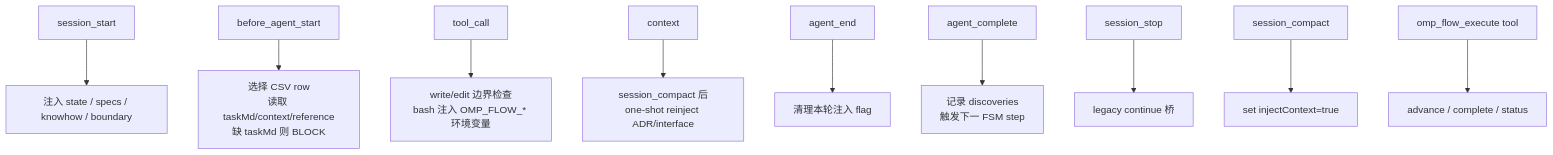
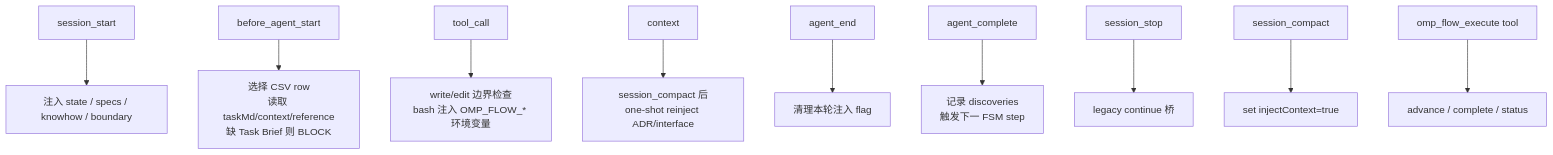
One commit to Andyduck-ops/omp-flow changed the fifth of 5 diagrams in README.md. Above: the diagram before and after it, drawn with Mermaid. The commit also changed other lines of this file, not shown here.

````diff
--- a/README.md
+++ b/README.md
@@ -437,12 +432,12 @@
 ```mermaid
 flowchart TB
     Start["session_start"] --> SS["注入 state / specs / knowhow / boundary"]
-    Before["before_agent_start"] --> BA["选择 CSV row<br/>读取 taskMd/context/reference<br/>缺 taskMd 则 BLOCK"]
+    Before["before_agent_start"] --> BA["选择 CSV row<br/>读取 taskMd/context/reference<br/>缺 Task Brief 则 BLOCK"]
     Tool["tool_call"] --> TC["write/edit 边界检查<br/>bash 注入 OMP_FLOW_* 环境变量"]
     Ctx["context"] --> CX["session_compact 后<br/>one-shot reinject ADR/interface"]
     End["agent_end"] --> AE["清理本轮注入 flag"]
     Complete["agent_complete"] --> AC["记录 discoveries<br/>触发下一 FSM step"]
     Stop["session_stop"] --> ST["legacy continue 桥"]
     Compact["session_compact"] --> CP["set injectContext=true"]
     Execute["omp_flow_execute tool"] --> EX["advance / complete / status"]
 ```
````
